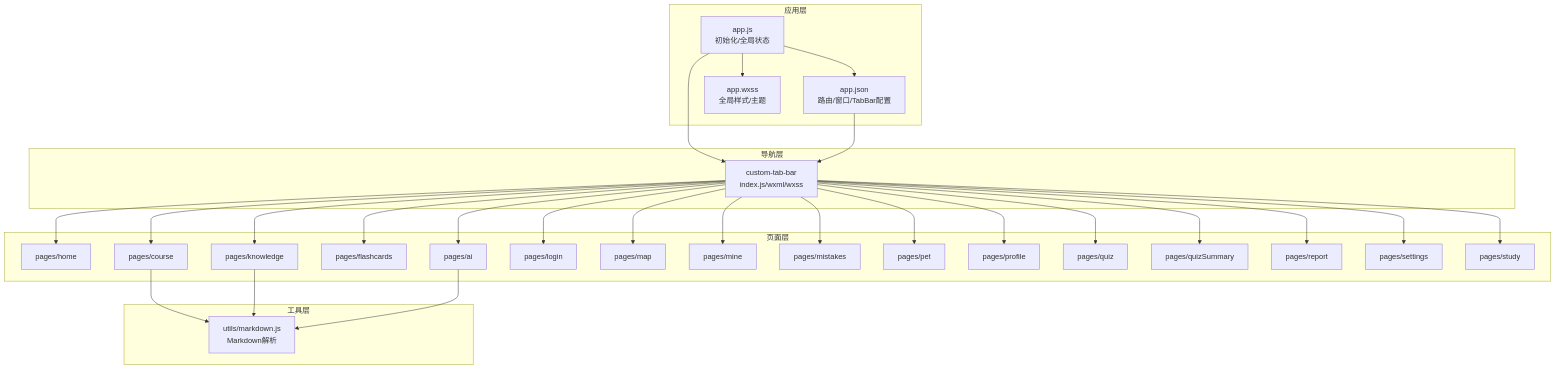
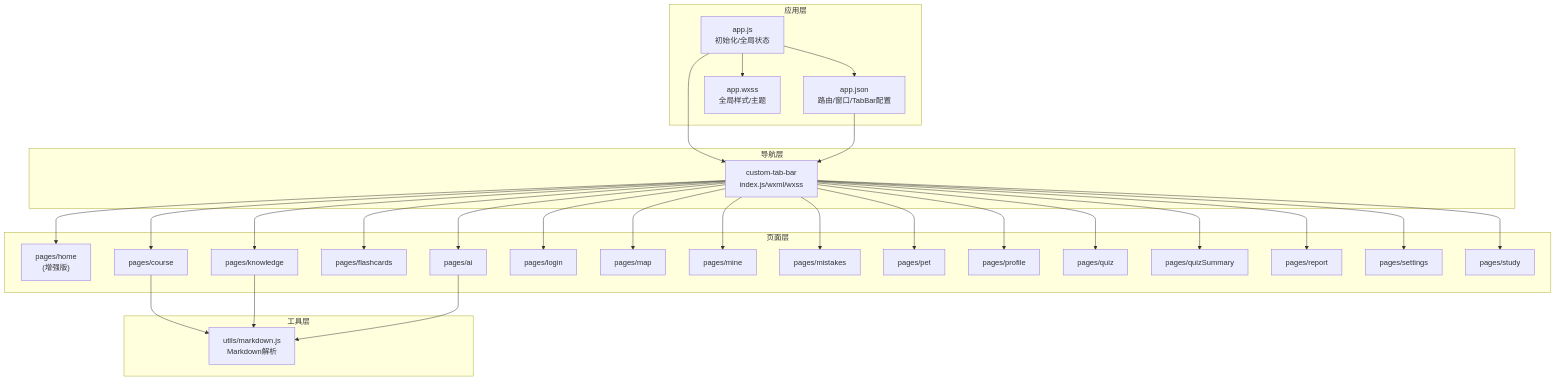
One commit to cwb7756/bio changed the second of 8 diagrams in .qoder/repowiki/zh/content/架构设计/前端架构设计.md. Above: the diagram before and after it, drawn with Mermaid. The commit also changed other lines of this file and 98 other files, not shown here.

````diff
--- a/.qoder/repowiki/zh/content/架构设计/前端架构设计.md
+++ b/.qoder/repowiki/zh/content/架构设计/前端架构设计.md
@@ -151,55 +155,55 @@
 ```mermaid
 graph TB
 subgraph "应用层"
 APPJS["app.js<br/>初始化/全局状态"]
 APPJSON["app.json<br/>路由/窗口/TabBar配置"]
 APPWXSS["app.wxss<br/>全局样式/主题"]
 end
 subgraph "导航层"
 TABBAR["custom-tab-bar<br/>index.js/wxml/wxss"]
 end
 subgraph "页面层"
-HOME["pages/home"]
+HOME["pages/home<br/>(增强版)"]
 AI["pages/ai"]
 COURSE["pages/course"]
 FLASHCARDS["pages/flashcards"]
 KNOWLEDGE["pages/knowledge"]
 LOGIN["pages/login"]
 MAP["pages/map"]
 MINE["pages/mine"]
 MISTAKES["pages/mistakes"]
 PET["pages/pet"]
 PROFILE["pages/profile"]
 QUIZ["pages/quiz"]
 QUIZSUM["pages/quizSummary"]
 REPORT["pages/report"]
 SETTINGS["pages/settings"]
 STUDY["pages/study"]
 end
 subgraph "工具层"
 MD["utils/markdown.js<br/>Markdown解析"]
 end
 APPJS --> APPJSON
 APPJS --> APPWXSS
 APPJS --> TABBAR
 APPJSON --> TABBAR
 TABBAR --> HOME
 TABBAR --> AI
 TABBAR --> COURSE
 TABBAR --> FLASHCARDS
 TABBAR --> KNOWLEDGE
 TABBAR --> LOGIN
 TABBAR --> MAP
 TABBAR --> MINE
 TABBAR --> MISTAKES
 TABBAR --> PET
 TABBAR --> PROFILE
 TABBAR --> QUIZ
 TABBAR --> QUIZSUM
 TABBAR --> REPORT
 TABBAR --> SETTINGS
 TABBAR --> STUDY
 COURSE --> MD
 KNOWLEDGE --> MD
 AI --> MD
 ```
````
